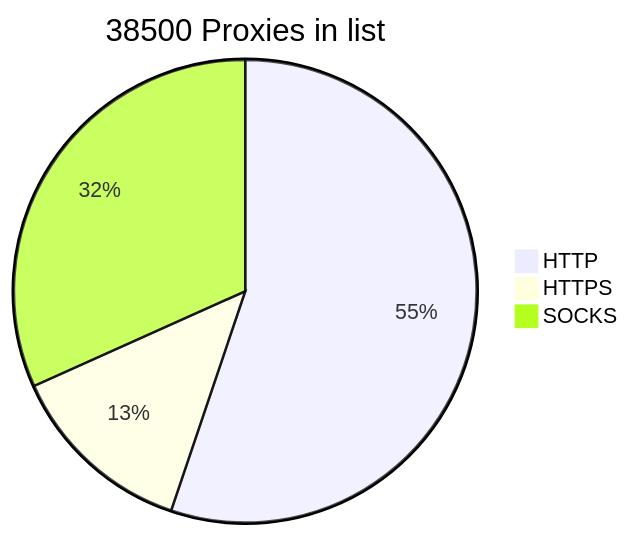
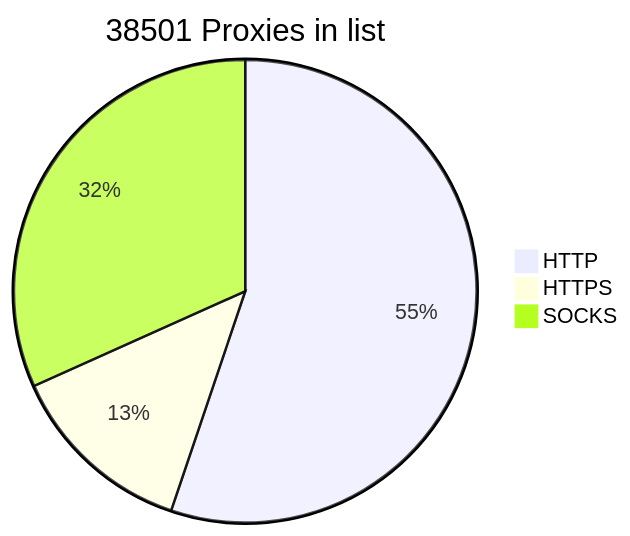
One commit to BlackSnowDot/proxylist-update-every-minute changed the diagram in README.md. Above: the diagram before and after it, drawn with Mermaid.

````diff
--- a/README.md
+++ b/README.md
@@ -2,6 +2,6 @@
 ```mermaid
-pie title 38500 Proxies in list
+pie title 38501 Proxies in list
     "HTTP" : 23596
     "HTTPS": 5604
-    "SOCKS" : 13556
+    "SOCKS" : 13557
 ```
````
